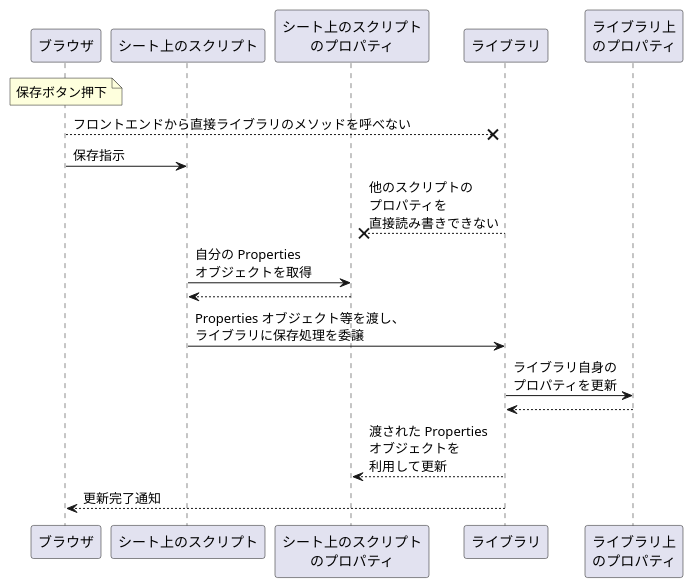
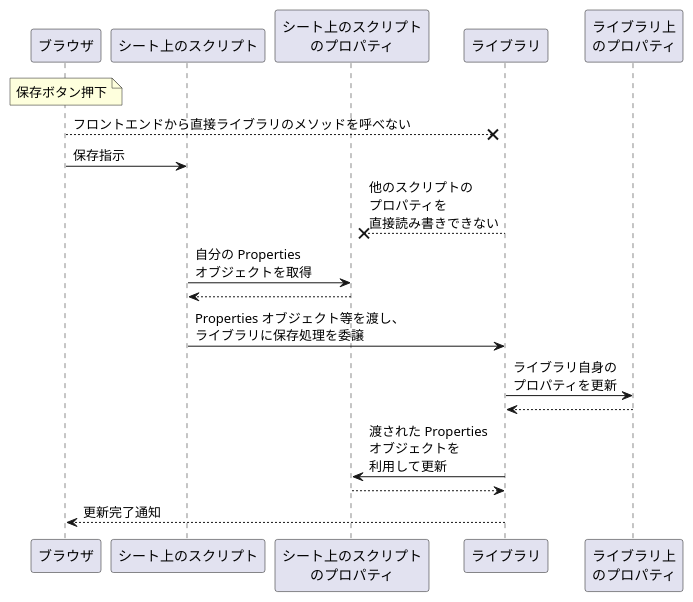
The diagram in browser-to-lib-flow.puml (kuinaein/gas-libs), drawn with PlantUML before and after one commit. The commit also changed 1 other file, not shown here.

Commit message:
fix sequence diagram

```diff
--- a/browser-to-lib-flow.puml
+++ b/browser-to-lib-flow.puml
@@ -1,20 +1,21 @@
 @startuml "browser-to-lib-flow"
 
 participant "ブラウザ" as Browser
 participant "シート上のスクリプト" as DocScript
 participant "シート上のスクリプト\nのプロパティ" as DocScriptProp
 participant "ライブラリ" as Library
 participant "ライブラリ上\nのプロパティ" as LibraryProp
 
 note over Browser :                保存ボタン押下
 Browser       -->x Library :       フロントエンドから直接ライブラリのメソッドを呼べない
 Browser       ->   DocScript :     保存指示
 Library       -->x DocScriptProp:  他のスクリプトの\nプロパティを\n直接読み書きできない
 DocScript     ->   DocScriptProp : 自分の Properties\nオブジェクトを取得
 DocScriptProp -->  DocScript
 DocScript     ->   Library :       Properties オブジェクト等を渡し、\nライブラリに保存処理を委譲
 Library       ->   LibraryProp :   ライブラリ自身の\nプロパティを更新
 LibraryProp   -->  Library
-Library       -->  DocScriptProp : 渡された Properties\nオブジェクトを\n利用して更新
+Library       ->   DocScriptProp : 渡された Properties\nオブジェクトを\n利用して更新
+DocScriptProp -->  Library
 Library       -->  Browser :       更新完了通知
 @enduml
```
